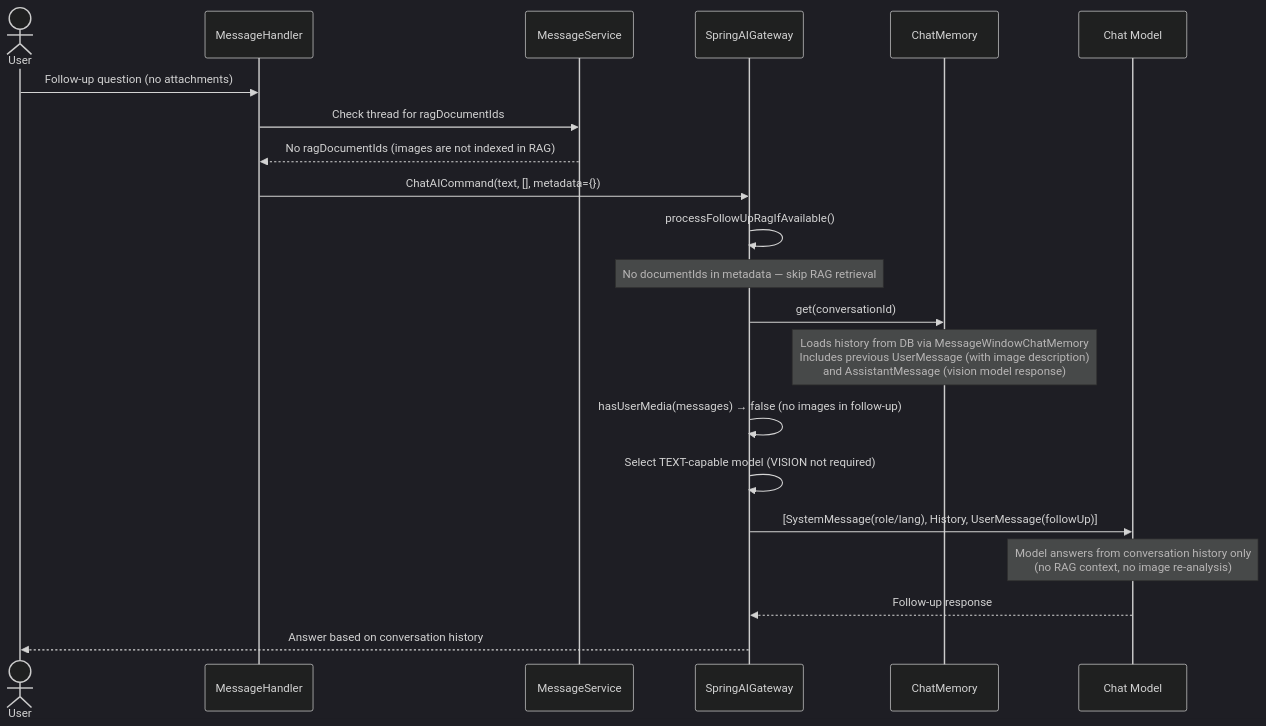
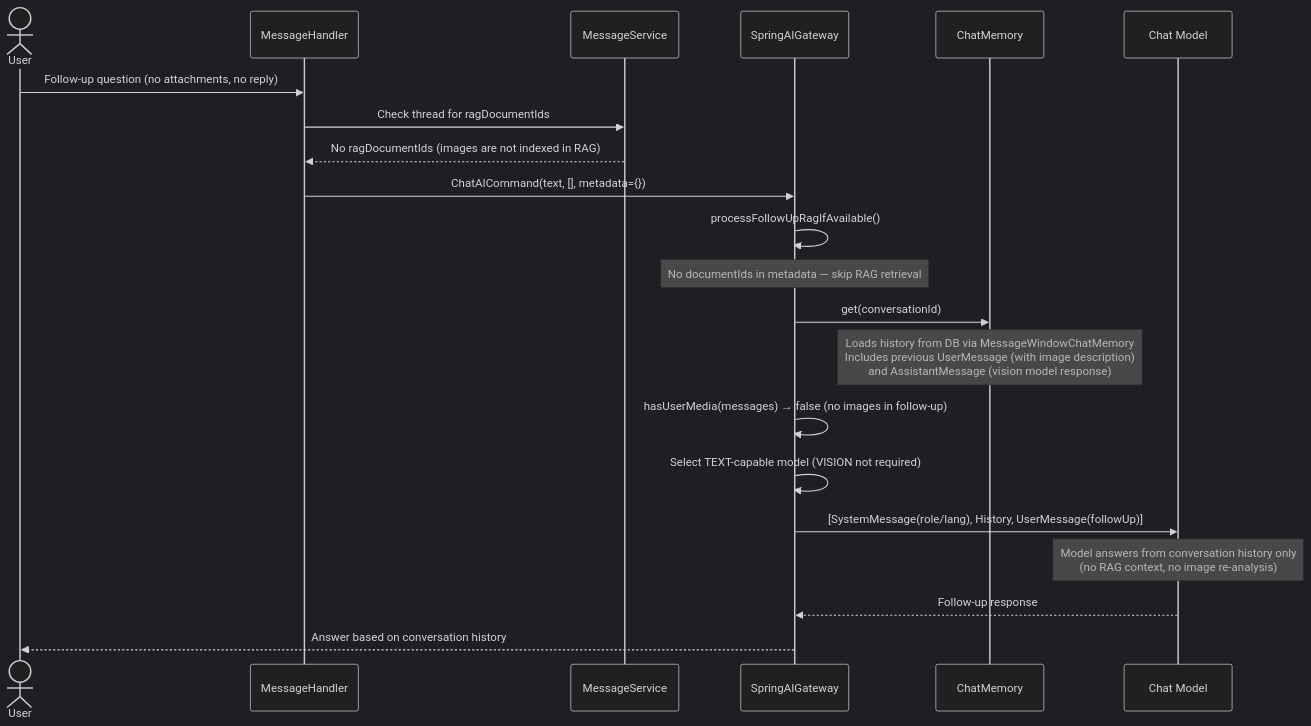
One commit to NGirchev/open-daimon changed the third of 3 diagrams in docs/usecases/image-vision-direct.md. Above: the diagram before and after it, drawn with Mermaid (dark theme). The commit also changed other lines of this file and 13 other files, not shown here.

````diff
--- a/docs/usecases/image-vision-direct.md
+++ b/docs/usecases/image-vision-direct.md
@@ -64,31 +113,31 @@
 ```mermaid
 sequenceDiagram
     actor User
     participant Handler as MessageHandler
     participant MS as MessageService
     participant GW as SpringAIGateway
     participant Mem as ChatMemory
     participant LLM as Chat Model
 
-    User->>Handler: Follow-up question (no attachments)
+    User->>Handler: Follow-up question (no attachments, no reply)
 
     Handler->>MS: Check thread for ragDocumentIds
     MS-->>Handler: No ragDocumentIds (images are not indexed in RAG)
 
     Handler->>GW: ChatAICommand(text, [], metadata={})
 
     GW->>GW: processFollowUpRagIfAvailable()
     Note over GW: No documentIds in metadata — skip RAG retrieval
 
     GW->>Mem: get(conversationId)
     Note over Mem: Loads history from DB via MessageWindowChatMemory<br/>Includes previous UserMessage (with image description)<br/>and AssistantMessage (vision model response)
 
     GW->>GW: hasUserMedia(messages) → false (no images in follow-up)
     GW->>GW: Select TEXT-capable model (VISION not required)
 
     GW->>LLM: [SystemMessage(role/lang), History, UserMessage(followUp)]
     Note over LLM: Model answers from conversation history only<br/>(no RAG context, no image re-analysis)
 
     LLM-->>GW: Follow-up response
     GW-->>User: Answer based on conversation history
 ```
````
